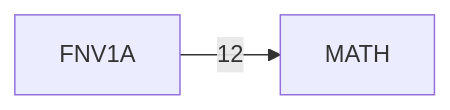
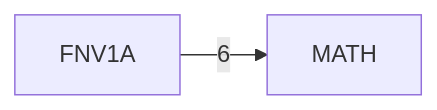
One commit to 95westus/R-YORS changed the seventh of 7 diagrams in DOC/GENERATED/ROUTINE_CLASS_DIAGRAM.md. Above: the diagram before and after it, drawn with Mermaid. The commit also changed other lines of this file and 85 other files, not shown here.

````diff
--- a/DOC/GENERATED/ROUTINE_CLASS_DIAGRAM.md
+++ b/DOC/GENERATED/ROUTINE_CLASS_DIAGRAM.md
@@ -95,4 +95,4 @@
 ```mermaid
 flowchart LR
-    P_FNV1A[FNV1A] -->|12| P_MATH[MATH]
+    P_FNV1A[FNV1A] -->|6| P_MATH[MATH]
 ```
````
